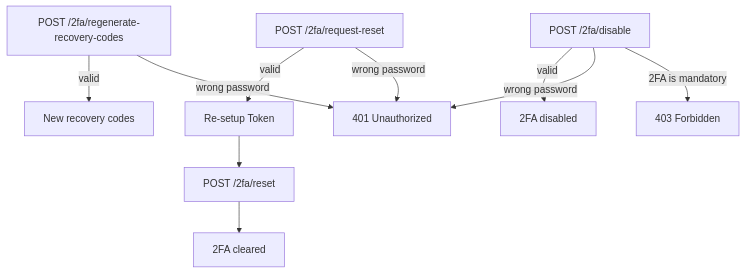
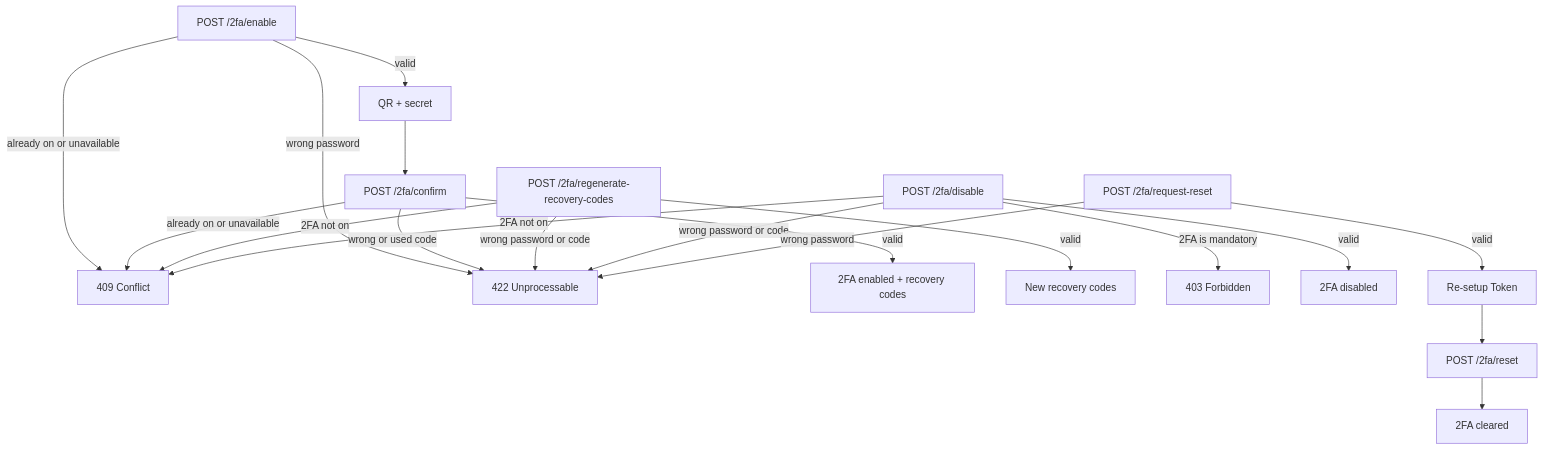
The second of 2 diagrams in docs/google-2fa.md (Light-it-labs/lightit-auth-laravel), drawn with Mermaid before and after one commit. The commit also changed other lines of this file and 62 other files, not shown here.

````diff
--- a/docs/google-2fa.md
+++ b/docs/google-2fa.md
@@ -298,14 +412,24 @@
 ```mermaid
 flowchart TD
-    Regenerate[POST /2fa/regenerate-recovery-codes] -- wrong password --> E401[401 Unauthorized]
+    Enable[POST /2fa/enable] -- already on or unavailable --> E409[409 Conflict]
+    Enable -- wrong password --> E422[422 Unprocessable]
+    Enable -- valid --> Secret[QR + secret]
+    Secret --> Confirm[POST /2fa/confirm]
+    Confirm -- already on or unavailable --> E409
+    Confirm -- wrong or used code --> E422
+    Confirm -- valid --> Enabled[2FA enabled + recovery codes]
+
+    Regenerate[POST /2fa/regenerate-recovery-codes] -- 2FA not on --> E409
+    Regenerate -- wrong password or code --> E422
     Regenerate -- valid --> NewCodes[New recovery codes]
 
     Disable[POST /2fa/disable] -- 2FA is mandatory --> E403[403 Forbidden]
-    Disable -- wrong password --> E401
+    Disable -- 2FA not on --> E409
+    Disable -- wrong password or code --> E422
     Disable -- valid --> Disabled[2FA disabled]
 
-    RequestReset[POST /2fa/request-reset] -- wrong password --> E401
+    RequestReset[POST /2fa/request-reset] -- wrong password --> E422
     RequestReset -- valid --> ResetToken[Re-setup Token]
     ResetToken --> Reset[POST /2fa/reset]
     Reset --> Cleared[2FA cleared]
 ```
````
